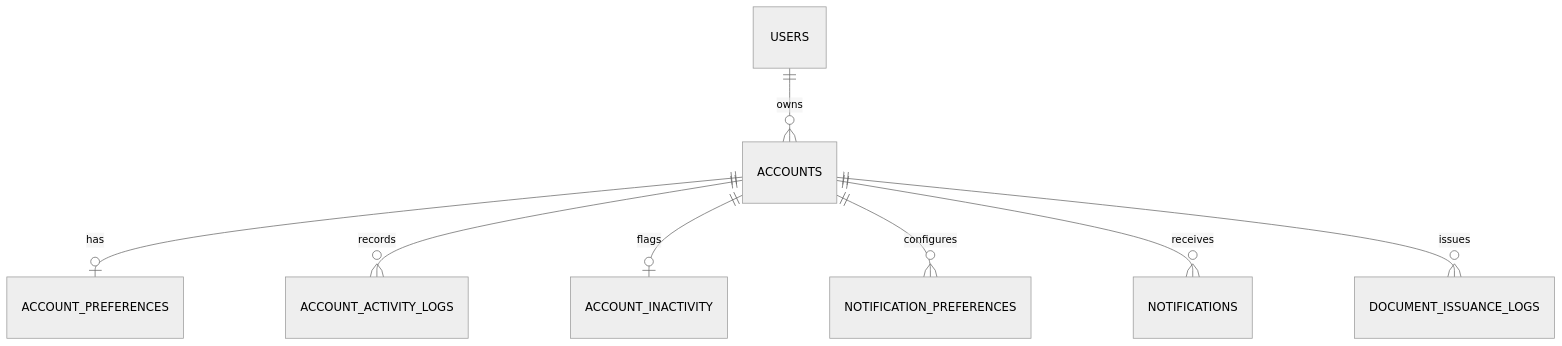
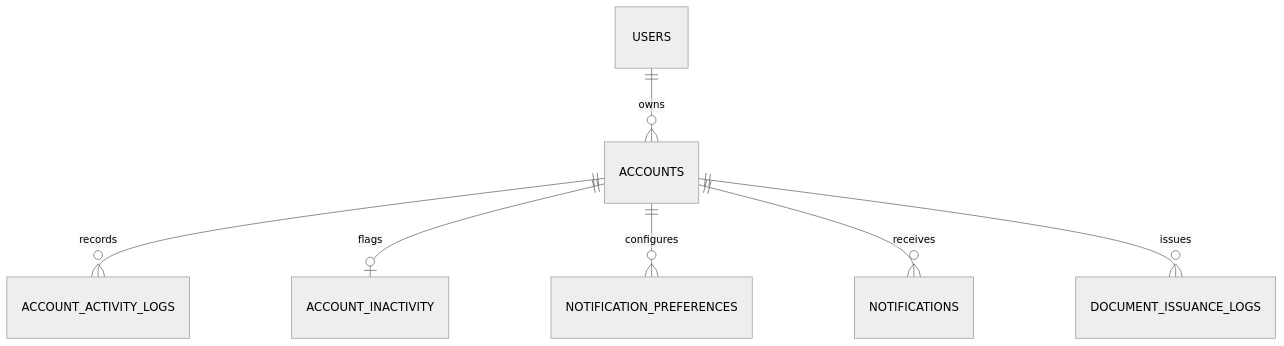
Before and after one commit to yellowgreenbean/midproject_ai_agent: the seventh of 8 diagrams in docs/회원_계좌기능_기획서.md, drawn with Mermaid (neutral theme). The commit also changed other lines of this file, not shown here.

````diff
--- a/docs/회원_계좌기능_기획서.md
+++ b/docs/회원_계좌기능_기획서.md
@@ -1448,10 +1585,9 @@
 ```mermaid
 erDiagram
     USERS ||--o{ ACCOUNTS : owns
-    ACCOUNTS ||--o| ACCOUNT_PREFERENCES : has
     ACCOUNTS ||--o{ ACCOUNT_ACTIVITY_LOGS : records
     ACCOUNTS ||--o| ACCOUNT_INACTIVITY : flags
     ACCOUNTS ||--o{ NOTIFICATION_PREFERENCES : configures
     ACCOUNTS ||--o{ NOTIFICATIONS : receives
     ACCOUNTS ||--o{ DOCUMENT_ISSUANCE_LOGS : issues
 ```
````
